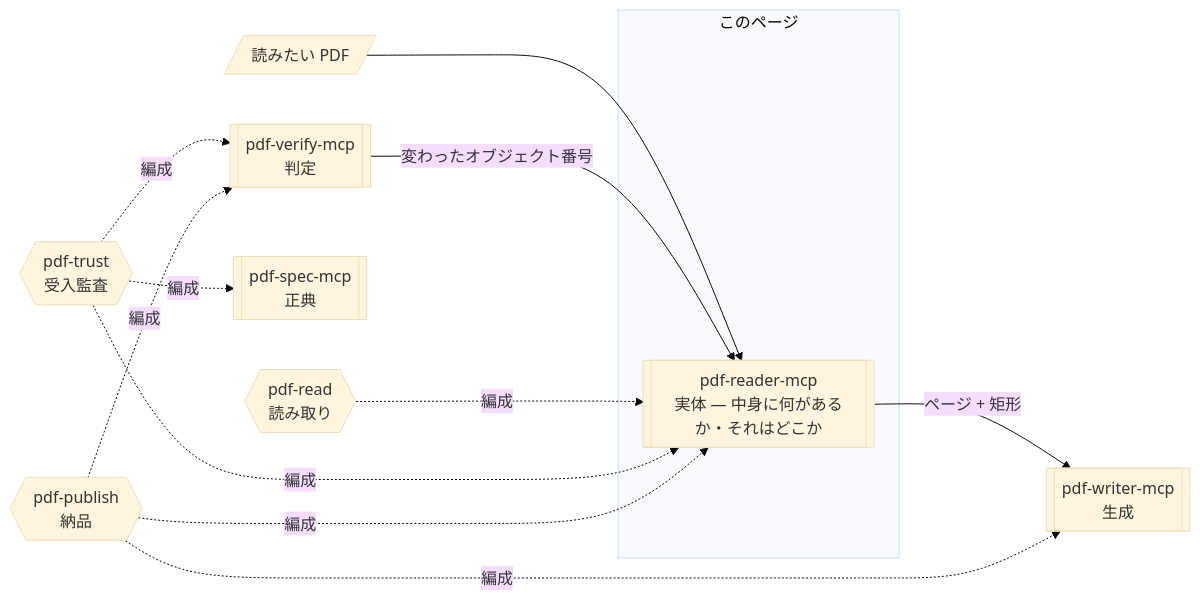
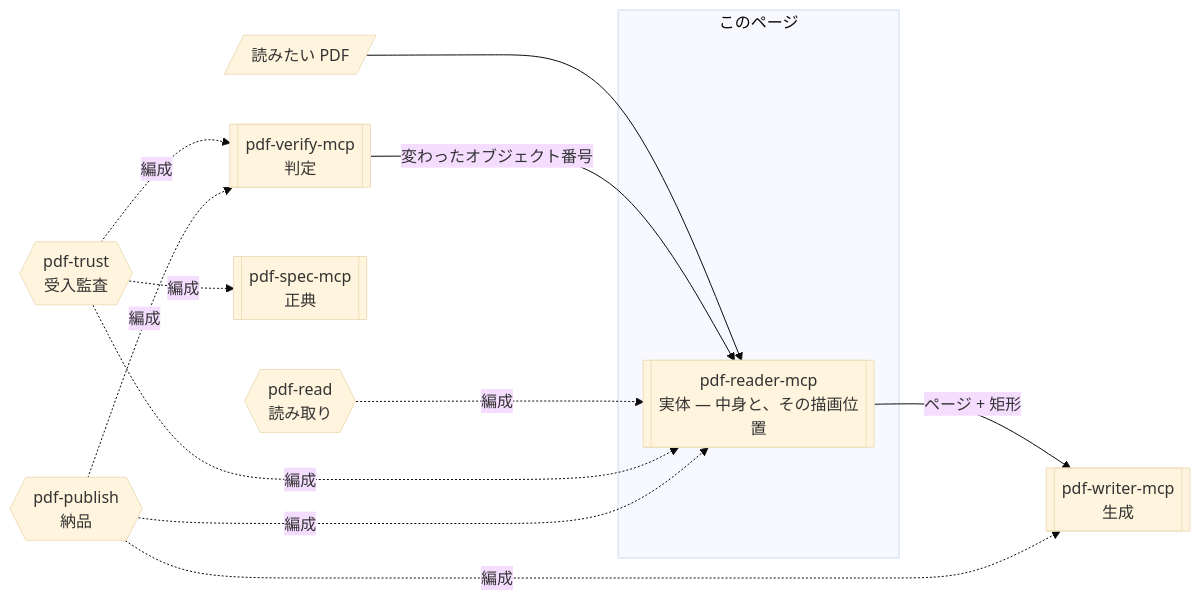
The diagram in site/docs/ja/mcp/pdf-reader.md (shuji-bonji/pdf-agent-stack), drawn with Mermaid (base theme) before and after one commit. The commit also changed other lines of this file and 10 other files, not shown here.

````diff
--- a/site/docs/ja/mcp/pdf-reader.md
+++ b/site/docs/ja/mcp/pdf-reader.md
@@ -28,16 +28,16 @@
 ```mermaid
 graph LR
   TARGET[/"読みたい PDF"/] --> READER
 
   subgraph SELF["このページ"]
-    READER[["pdf-reader-mcp<br>実体 — 中身に何があるか・それはどこか"]]
+    READER[["pdf-reader-mcp<br>実体 — 中身と、その描画位置"]]
   end
 
   VERIFY[["pdf-verify-mcp<br>判定"]] -->|変わったオブジェクト番号| READER
   READER -->|ページ + 矩形| WRITER[["pdf-writer-mcp<br>生成"]]
   SPEC[["pdf-spec-mcp<br>正典"]]
 
   READ{{"pdf-read<br>読み取り"}} -.->|編成| READER
   TRUST{{"pdf-trust<br>受入監査"}} -.->|編成| READER & VERIFY & SPEC
   PUBLISH{{"pdf-publish<br>納品"}} -.->|編成| WRITER & READER & VERIFY
 ```
````
